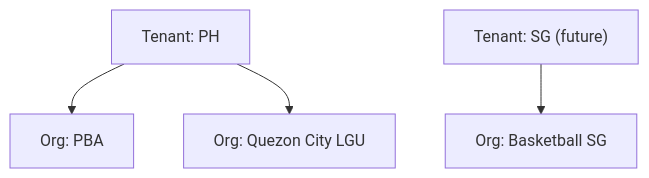
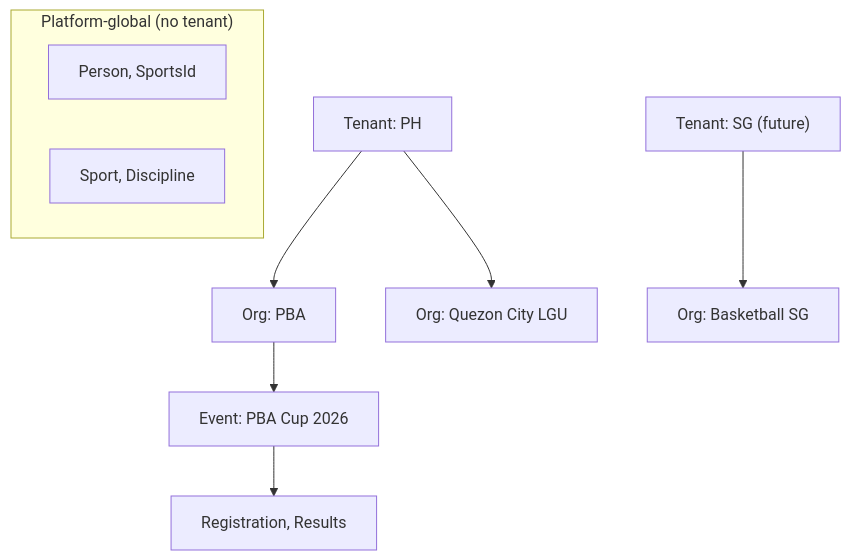
The diagram in docs/architecture/tenancy.md (njaglobal/SportsOS), drawn with Mermaid before and after one commit. The commit also changed other lines of this file and 43 other files, not shown here.

````diff
--- a/docs/architecture/tenancy.md
+++ b/docs/architecture/tenancy.md
@@ -13,8 +46,14 @@
 ```mermaid
 flowchart TB
+  subgraph Platform["Platform-global (no tenant)"]
+    Person["Person, SportsId"]
+    Catalog["Sport, Discipline"]
+  end
   TenantA["Tenant: PH"]
   TenantB["Tenant: SG (future)"]
   TenantA --> OrgA1["Org: PBA"]
   TenantA --> OrgA2["Org: Quezon City LGU"]
   TenantB --> OrgB1["Org: Basketball SG"]
+  OrgA1 --> EventA1["Event: PBA Cup 2026"]
+  EventA1 --> RegA1["Registration, Results"]
 ```
````
